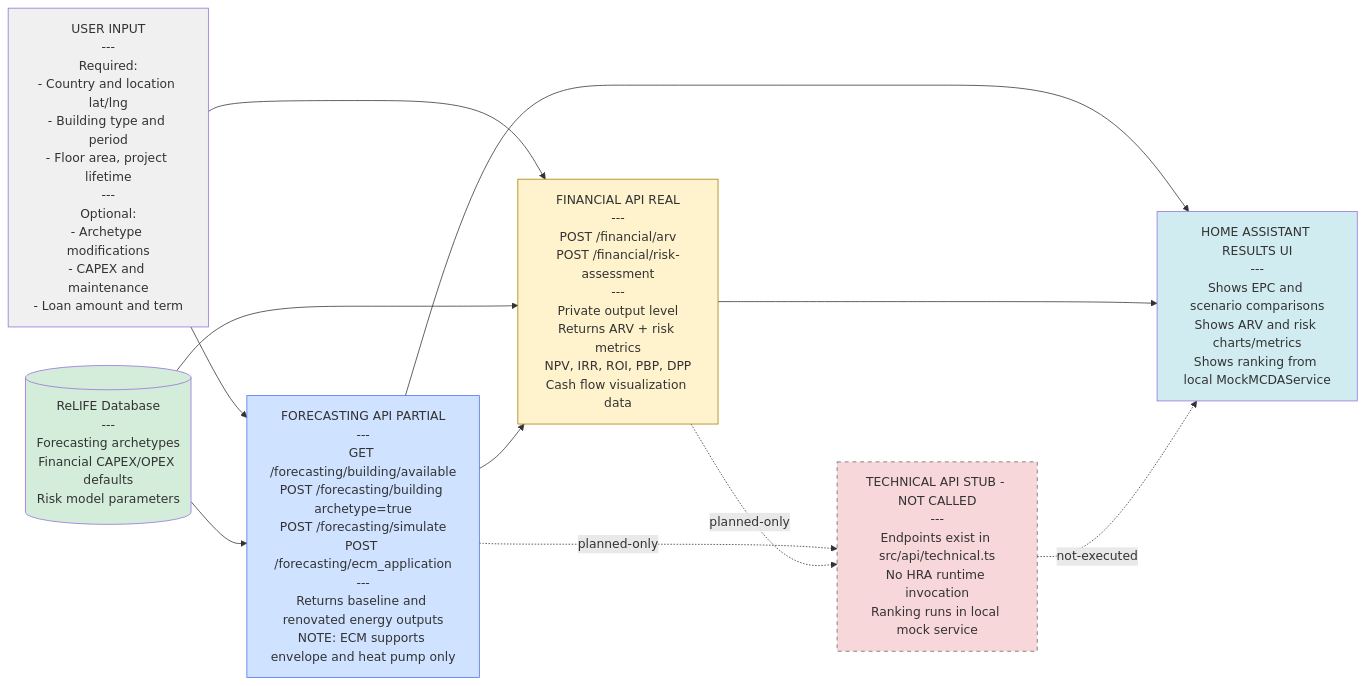
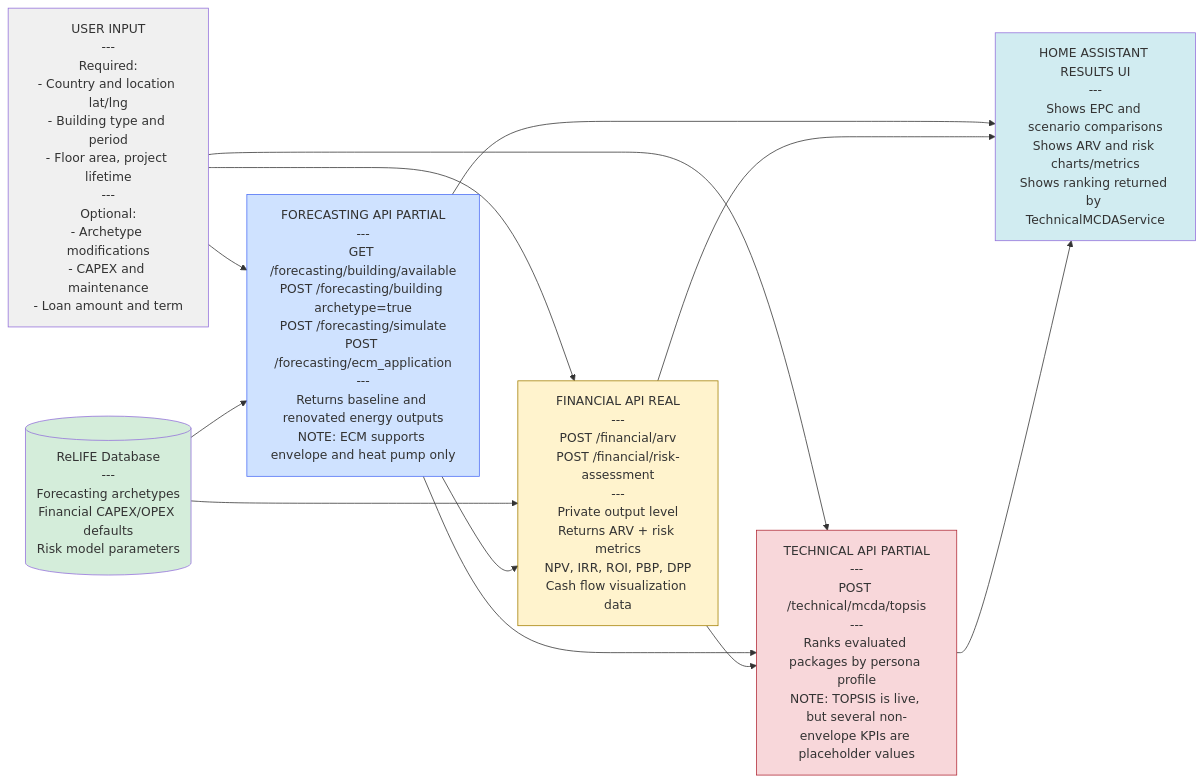
One commit to ReLIFE-Project-EU/relife-web-ui changed the second of 6 diagrams in README.md. Above: the diagram before and after it, drawn with Mermaid. The commit also changed other lines of this file, not shown here.

Commit message:
📝 Update README to reflect changes in technical API integration

````diff
--- a/README.md
+++ b/README.md
@@ -63,32 +69,33 @@
 ```mermaid
 flowchart LR
     UserInput["USER INPUT<br/>---<br/>Required:<br/>- Country and location lat/lng<br/>- Building type and period<br/>- Floor area, project lifetime<br/>---<br/>Optional:<br/>- Archetype modifications<br/>- CAPEX and maintenance<br/>- Loan amount and term"]
 
     DB[("ReLIFE Database<br/>---<br/>Forecasting archetypes<br/>Financial CAPEX/OPEX defaults<br/>Risk model parameters")]
 
     Forecasting["FORECASTING API PARTIAL<br/>---<br/>GET /forecasting/building/available<br/>POST /forecasting/building archetype=true<br/>POST /forecasting/simulate<br/>POST /forecasting/ecm_application<br/>---<br/>Returns baseline and renovated energy outputs<br/>NOTE: ECM supports envelope and heat pump only"]
 
     Financial["FINANCIAL API REAL<br/>---<br/>POST /financial/arv<br/>POST /financial/risk-assessment<br/>---<br/>Private output level<br/>Returns ARV + risk metrics<br/>NPV, IRR, ROI, PBP, DPP<br/>Cash flow visualization data"]
 
-    Technical["TECHNICAL API STUB - NOT CALLED<br/>---<br/>Endpoints exist in src/api/technical.ts<br/>No HRA runtime invocation<br/>Ranking runs in local mock service"]
+    Technical["TECHNICAL API PARTIAL<br/>---<br/>POST /technical/mcda/topsis<br/>---<br/>Ranks evaluated packages by persona profile<br/>NOTE: TOPSIS is live, but several non-envelope KPIs are placeholder values"]
 
-    Output["HOME ASSISTANT RESULTS UI<br/>---<br/>Shows EPC and scenario comparisons<br/>Shows ARV and risk charts/metrics<br/>Shows ranking from local MockMCDAService"]
+    Output["HOME ASSISTANT RESULTS UI<br/>---<br/>Shows EPC and scenario comparisons<br/>Shows ARV and risk charts/metrics<br/>Shows ranking returned by TechnicalMCDAService"]
 
     UserInput --> Forecasting
     DB --> Forecasting
     UserInput --> Financial
     DB --> Financial
+    UserInput --> Technical
     Forecasting --> Financial
     Forecasting --> Output
     Financial --> Output
-    Forecasting -. planned-only .-> Technical
-    Financial -. planned-only .-> Technical
-    Technical -. not-executed .-> Output
+    Forecasting --> Technical
+    Financial --> Technical
+    Technical --> Output
 
     style UserInput fill:#f0f0f0
     style DB fill:#d4edda
     style Forecasting fill:#cfe2ff,stroke:#4c6ef5
     style Financial fill:#fff3cd,stroke:#a37f00
-    style Technical fill:#f8d7da,stroke:#666,stroke-dasharray: 5 5
+    style Technical fill:#f8d7da,stroke:#b02a37
     style Output fill:#d1ecf1
 ```
````
